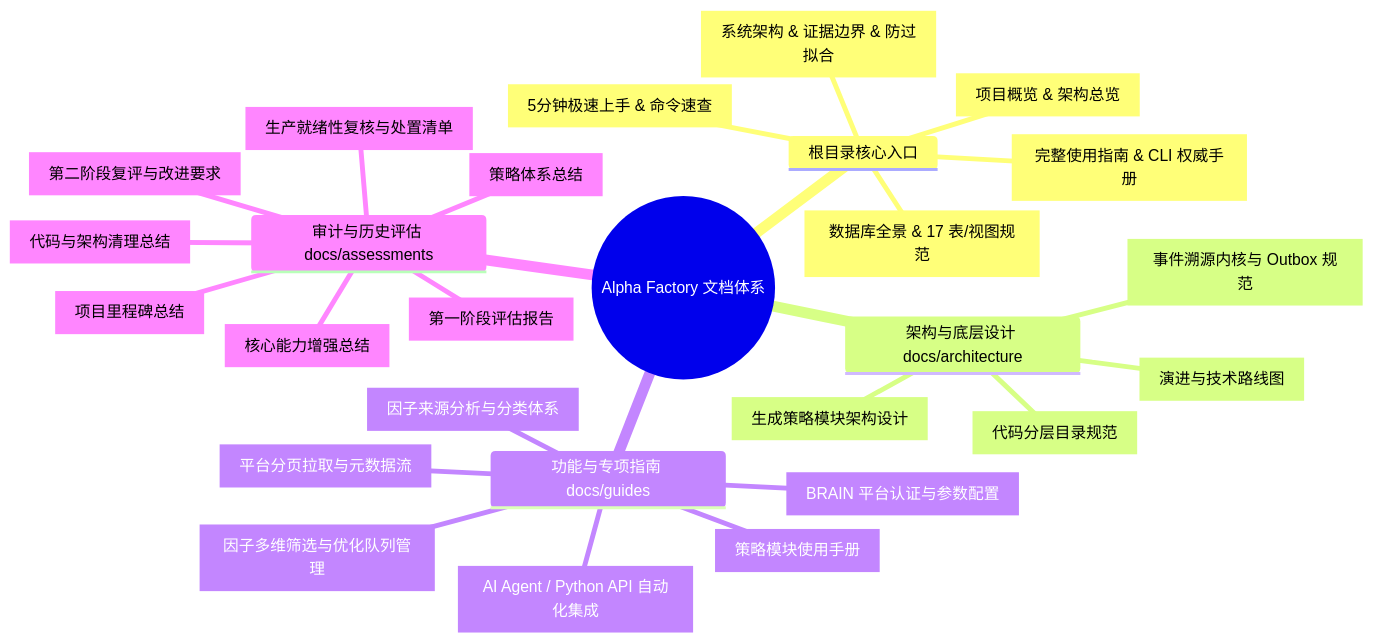
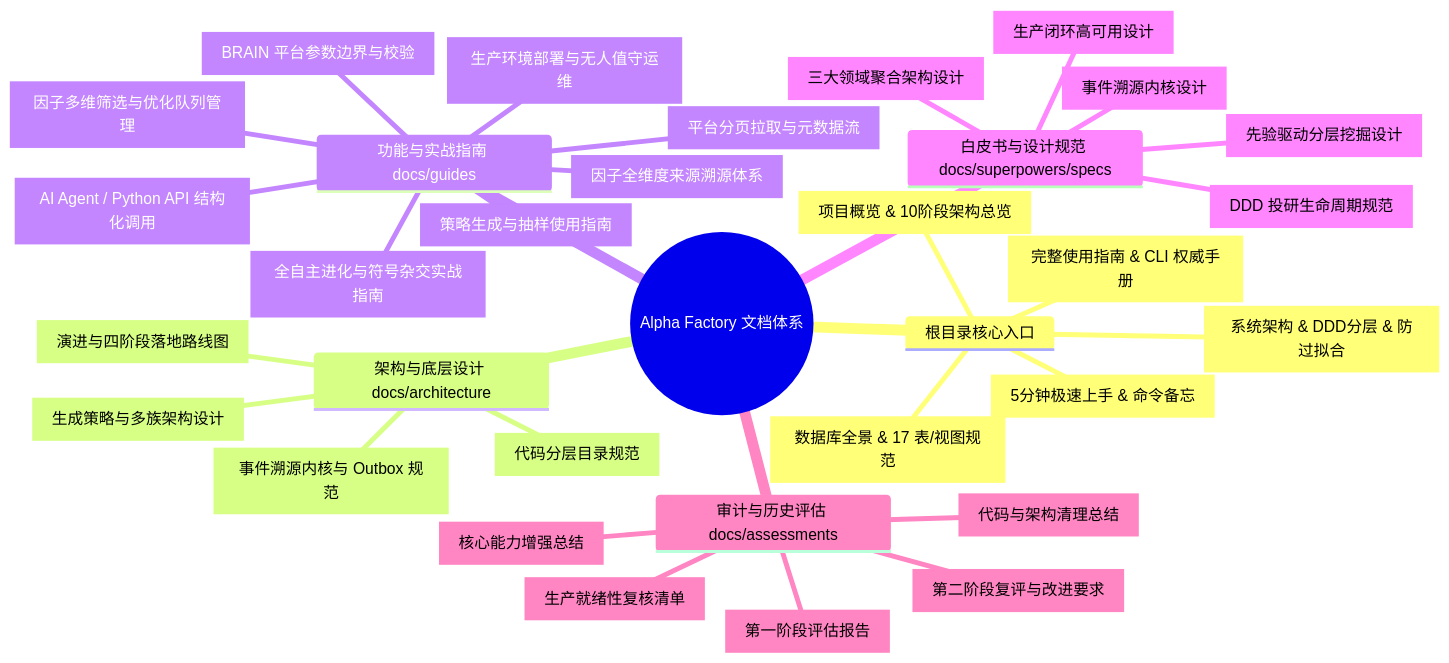
Before and after one commit to Justices/alpha_factory: the diagram in docs/INDEX.md, drawn with Mermaid. The commit also changed other lines of this file and 20 other files, not shown here.

````diff
--- a/docs/INDEX.md
+++ b/docs/INDEX.md
@@ -9,30 +9,36 @@
 ```mermaid
 mindmap
   root((Alpha Factory 文档体系))
     根目录核心入口
-      README.md["项目概览 & 架构总览"]
-      QUICKSTART.md["5分钟极速上手 & 命令速查"]
-      ARCHITECTURE.md["系统架构 & 证据边界 & 防过拟合"]
+      README.md["项目概览 & 10阶段架构总览"]
+      QUICKSTART.md["5分钟极速上手 & 命令备忘"]
+      ARCHITECTURE.md["系统架构 & DDD分层 & 防过拟合"]
       USAGE_GUIDE.md["完整使用指南 & CLI 权威手册"]
       DATABASE_DESIGN.md["数据库全景 & 17 表/视图规范"]
     架构与底层设计 docs/architecture
       event_sourced_core.md["事件溯源内核与 Outbox 规范"]
-      strategy_architecture.md["生成策略模块架构设计"]
       directory_design.md["代码分层目录规范"]
-      roadmap_and_evolution.md["演进与技术路线图"]
-    功能与专项指南 docs/guides
-      ai_integration.md["AI Agent / Python API 自动化集成"]
+      roadmap_and_evolution.md["演进与四阶段落地路线图"]
+      strategy_architecture.md["生成策略与多族架构设计"]
+    功能与实战指南 docs/guides
+      autonomous_evolution_guide.md["全自主进化与符号杂交实战指南"]
+      production_deployment_guide.md["生产环境部署与无人值守运维"]
+      ai_integration.md["AI Agent / Python API 结构化调用"]
       alpha_filtering.md["因子多维筛选与优化队列管理"]
-      alpha_source_guide.md["因子来源分析与分类体系"]
+      alpha_source_guide.md["因子全维度来源溯源体系"]
+      platform_config.md["BRAIN 平台参数边界与校验"]
       pagination_guide.md["平台分页拉取与元数据流"]
-      platform_config.md["BRAIN 平台认证与参数配置"]
-      strategy_usage.md["策略模块使用手册"]
+      strategy_usage.md["策略生成与抽样使用指南"]
+    白皮书与设计规范 docs/superpowers/specs
+      research_round_domain_design.md["三大领域聚合架构设计"]
+      production_research_loop_design.md["生产闭环高可用设计"]
+      ddd_research_cycle_design.md["DDD 投研生命周期规范"]
+      event_sourced_core_design.md["事件溯源内核设计"]
+      prior_driven_research_design.md["先验驱动分层挖掘设计"]
     审计与历史评估 docs/assessments
       PROJECT_ASSESSMENT_2026-08-21.md["第一阶段评估报告"]
       REASSESSMENT_2026-08-21.md["第二阶段复评与改进要求"]
-      PRODUCTION_READINESS_2026-08-21.md["生产就绪性复核与处置清单"]
+      PRODUCTION_READINESS_2026-08-21.md["生产就绪性复核清单"]
       code_cleanup_summary.md["代码与架构清理总结"]
       improvement_summary.md["核心能力增强总结"]
-      project_summary.md["项目里程碑总结"]
-      strategy_summary.md["策略体系总结"]
 ```
````
